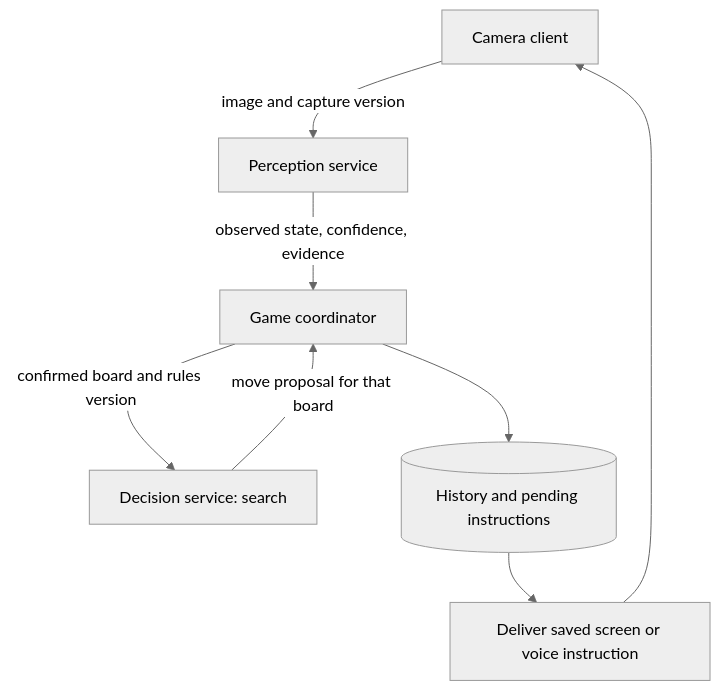
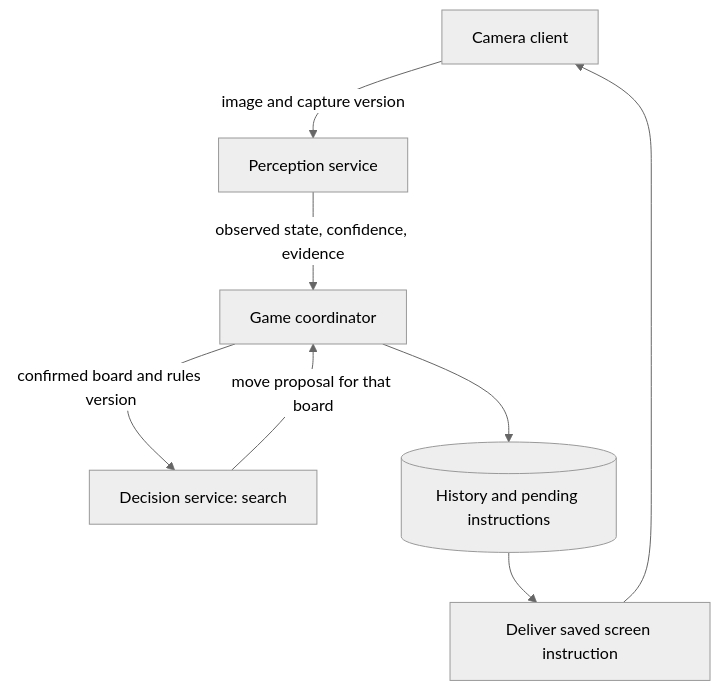
Before and after one commit to nitaiaharoni1/vistral-assignment: the third of 6 diagrams in docs/architecture.md, drawn with Mermaid (neutral theme). The commit also changed other lines of this file and 13 other files, not shown here.

````diff
--- a/docs/architecture.md
+++ b/docs/architecture.md
@@ -101,9 +101,9 @@
 ```mermaid
 flowchart TB
   Client["Camera client"] -->|"image and capture version"| Reader["Perception service"]
   Reader -->|"observed state, confidence, evidence"| Coordinator["Game coordinator"]
   Coordinator -->|"confirmed board and rules version"| Chooser["Decision service: search"]
   Chooser -->|"move proposal for that board"| Coordinator
   Coordinator --> Store[("History and pending instructions")]
-  Store --> Delivery["Deliver saved screen or voice instruction"] --> Client
+  Store --> Delivery["Deliver saved screen instruction"] --> Client
 ```
````
